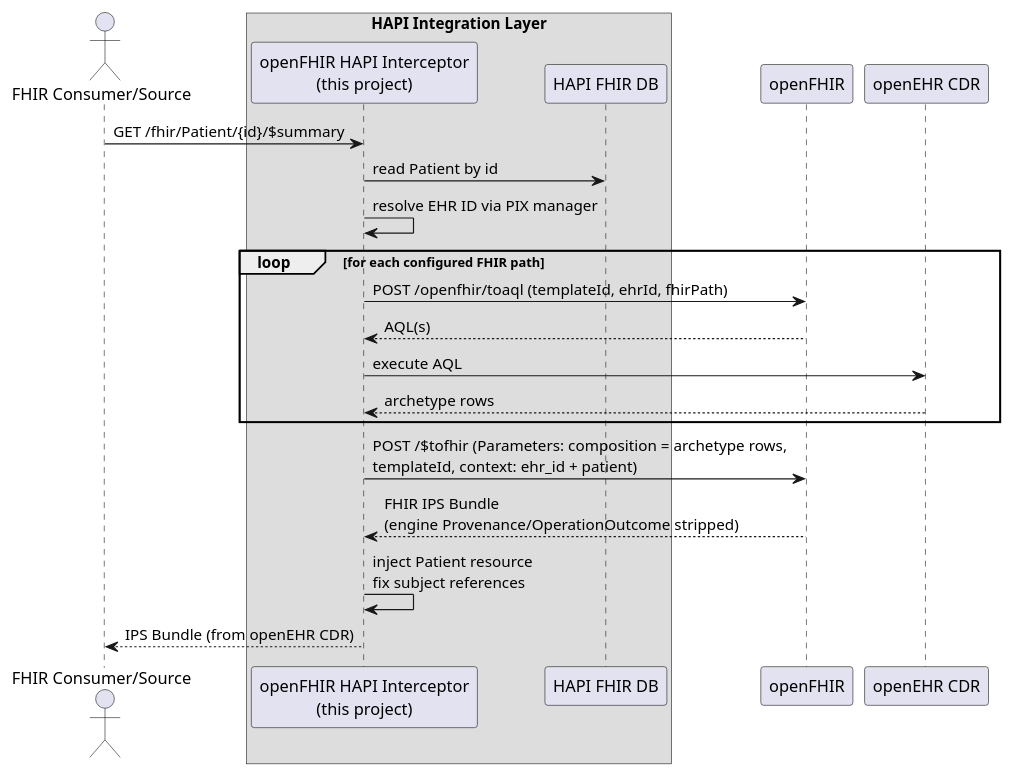
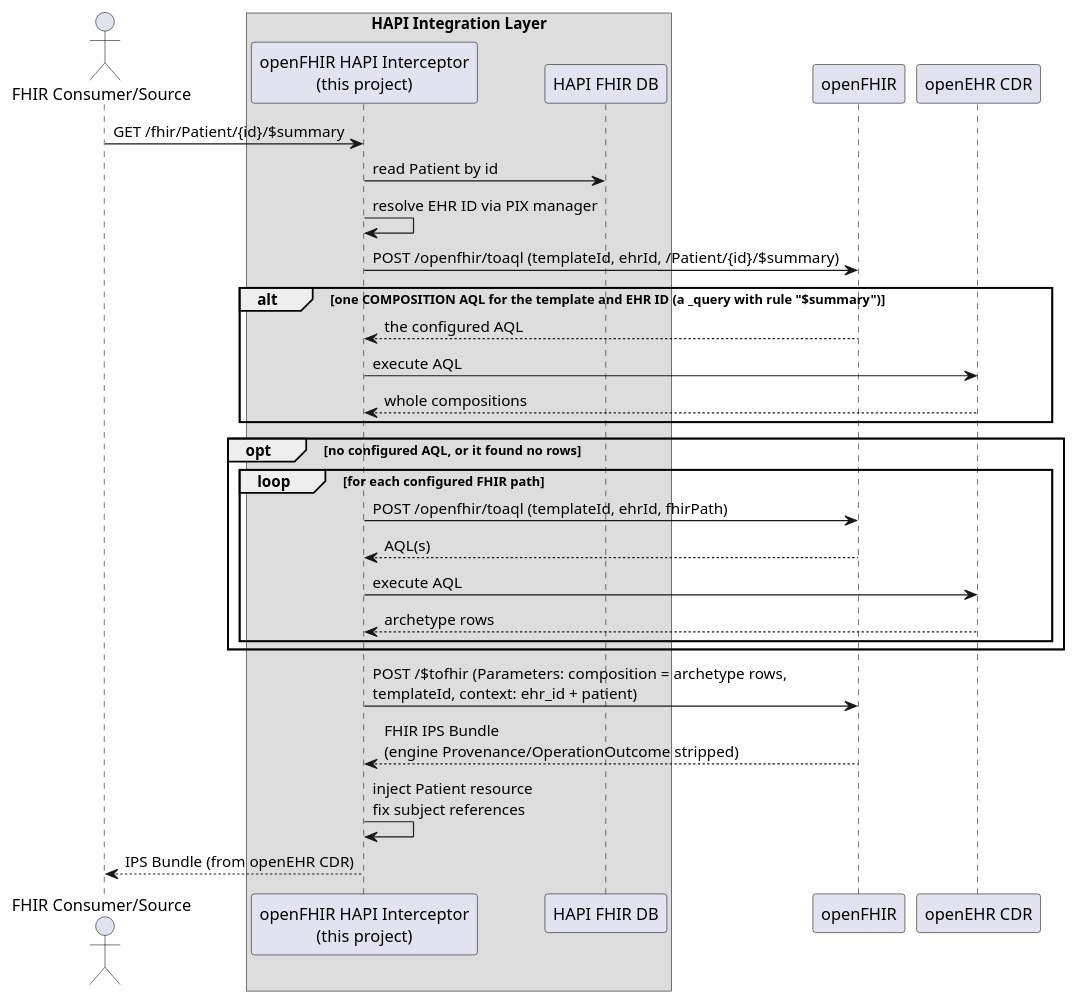
Before and after one commit to openFHIR/openfhir-hapi-interceptor: the diagram in fhir_summary.puml, drawn with PlantUML. The commit also changed 4 other files, not shown here.

Commit message:
`$summary` fetches the whole summary with one AQL when openFHIR has one configured for it (a `_query` with rule

```diff
--- a/fhir_summary.puml
+++ b/fhir_summary.puml
@@ -1,34 +1,43 @@
 @startuml fhir_summary
 
 actor "FHIR Consumer/Source" as consumer
 
 box "HAPI Integration Layer"
     participant "openFHIR HAPI Interceptor\n(this project)" as facade
     participant "HAPI FHIR DB" as hapi
 end box
 
 
 participant "openFHIR" as openfhir
 participant "openEHR CDR" as cdr
 
 consumer -> facade : GET /fhir/Patient/{id}/$summary
 
 facade -> hapi : read Patient by id
 
 facade -> facade : resolve EHR ID via PIX manager
 
-loop for each configured FHIR path
-    facade -> openfhir : POST /openfhir/toaql (templateId, ehrId, fhirPath)
-    openfhir --> facade : AQL(s)
+facade -> openfhir : POST /openfhir/toaql (templateId, ehrId, /Patient/{id}/$summary)
+alt one COMPOSITION AQL for the template and EHR ID (a _query with rule "$summary")
+    openfhir --> facade : the configured AQL
     facade -> cdr : execute AQL
-    cdr --> facade : archetype rows
+    cdr --> facade : whole compositions
+end
+
+opt no configured AQL, or it found no rows
+    loop for each configured FHIR path
+        facade -> openfhir : POST /openfhir/toaql (templateId, ehrId, fhirPath)
+        openfhir --> facade : AQL(s)
+        facade -> cdr : execute AQL
+        cdr --> facade : archetype rows
+    end
 end
 
 facade -> openfhir : POST /$tofhir (Parameters: composition = archetype rows,\ntemplateId, context: ehr_id + patient)
 openfhir --> facade : FHIR IPS Bundle\n(engine Provenance/OperationOutcome stripped)
 
 facade -> facade : inject Patient resource\nfix subject references
 facade --> consumer : IPS Bundle (from openEHR CDR)
 
 
 @enduml
```
